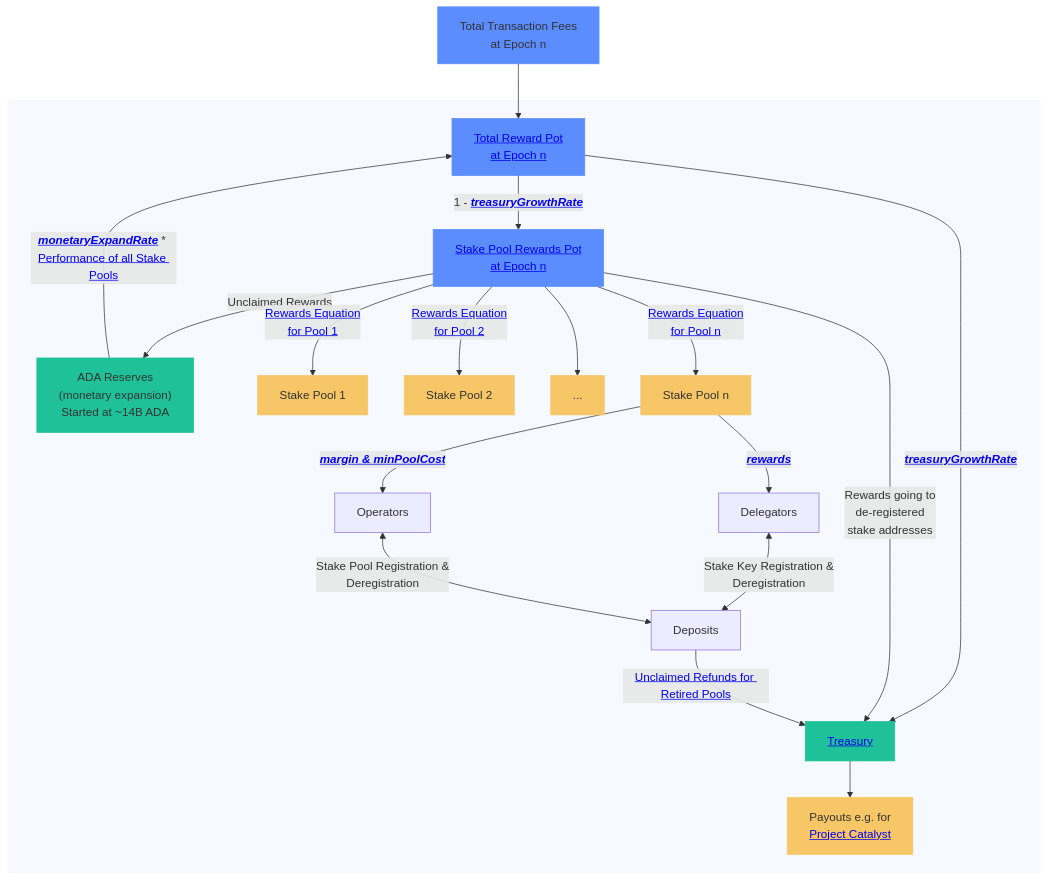
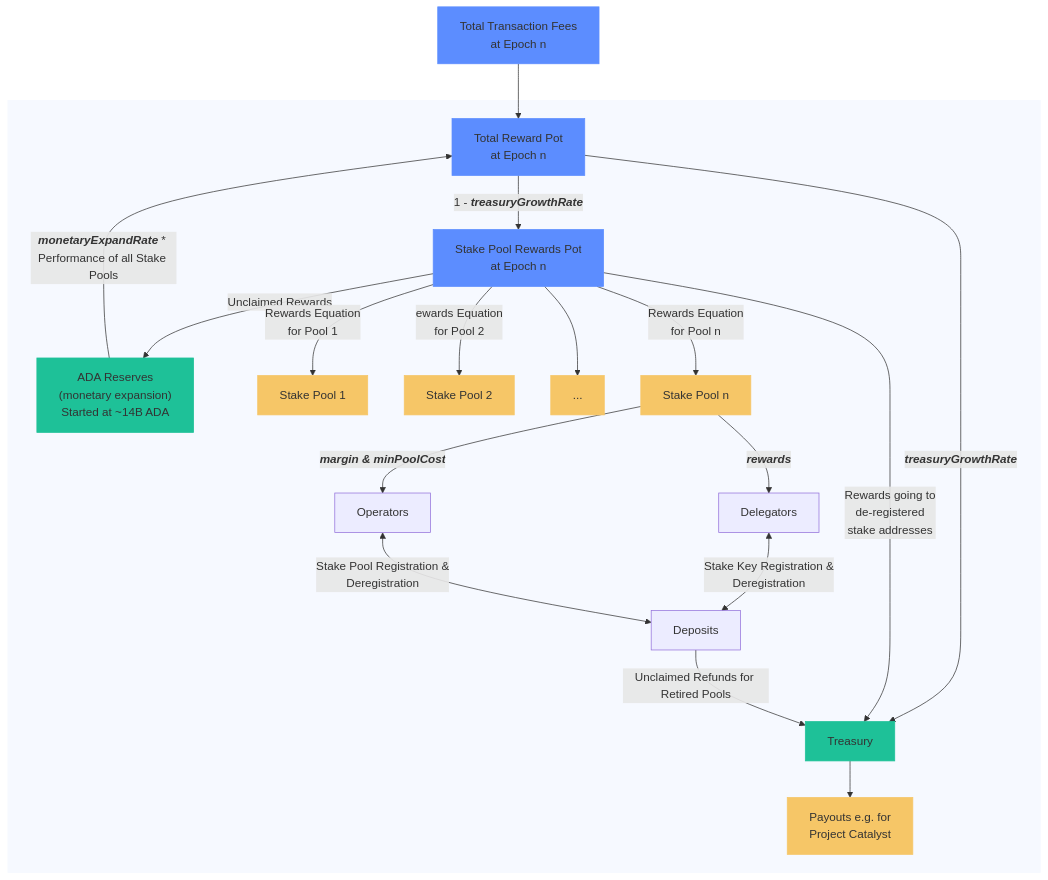
Before and after one commit to cardano-foundation/cf-java-rewards-calculation: the diagram in README.md, drawn with Mermaid. The commit also changed other lines of this file and 19 other files, not shown here.

````diff
--- a/README.md
+++ b/README.md
@@ -21,35 +27,35 @@
 ```mermaid
 flowchart
-    A[Total Transaction Fees <br />at Epoch n] --> B[<a href='https://github.com/cardano-foundation/cf-java-rewards-calculation/blob/a794130dc0e320426725a58b8b15f1fbe726b2de/src/main/java/org/cardanofoundation/rewards/calculation/TreasuryCalculation.java#L42'>Total Reward Pot <br />at Epoch n</a/>]
-    B --> | <b><i><a href='https://cips.cardano.org/cips/cip9/#updatableprotocolparameters'>treasuryGrowthRate</a></b></i> | C[<a href='https://github.com/cardano-foundation/cf-java-rewards-calculation/blob/a794130dc0e320426725a58b8b15f1fbe726b2de/src/main/java/org/cardanofoundation/rewards/calculation/TreasuryCalculation.java#L17'>Treasury</a/>]
-    B --> | 1 - <b><i><a href='https://cips.cardano.org/cips/cip9/#updatableprotocolparameters'>treasuryGrowthRate</a></b></i> | D[<a href='https://github.com/cardano-foundation/cf-java-rewards-calculation/blob/a794130dc0e320426725a58b8b15f1fbe726b2de/src/test/java/org/cardanofoundation/rewards/calculation/PoolRewardCalculationTest.java#L63'>Stake Pool Rewards Pot <br />at Epoch n</a/>]
-    subgraph ADA_POTS[" "]
-    D --> | Unclaimed Rewards | E["ADA Reserves<br /> (monetary expansion) <br /> Started at ~14B ADA"]
-    E --> | <b><i><a href='https://cips.cardano.org/cips/cip9/#updatableprotocolparameters'>monetaryExpandRate</a></b></i> * <a href='https://github.com/cardano-foundation/cf-java-rewards-calculation/blob/main/src/main/java/org/cardanofoundation/rewards/calculation/PoolRewardCalculation.java#L19'>Performance of all Stake Pools</a> | B
-    C --> F[Payouts e.g. for <br /><a href='https://projectcatalyst.io/'>Project Catalyst</a>]
-    D --> | <a href='https://github.com/cardano-foundation/cf-java-rewards-calculation/blob/a794130dc0e320426725a58b8b15f1fbe726b2de/src/main/java/org/cardanofoundation/rewards/calculation/PoolRewardCalculation.java#L87'>Rewards Equation<br /> for Pool 1</a> | G[Stake Pool 1]
-    D --> | <a href='https://github.com/cardano-foundation/cf-java-rewards-calculation/blob/a794130dc0e320426725a58b8b15f1fbe726b2de/src/main/java/org/cardanofoundation/rewards/calculation/PoolRewardCalculation.java#L87'>Rewards Equation<br /> for Pool 2</a> | H[Stake Pool 2]
-    D --> I[...]
-    D --> | <a href='https://github.com/cardano-foundation/cf-java-rewards-calculation/blob/a794130dc0e320426725a58b8b15f1fbe726b2de/src/main/java/org/cardanofoundation/rewards/calculation/PoolRewardCalculation.java#L87'>Rewards Equation<br /> for Pool n</a> | J[Stake Pool n]
-    J --> | <b><i><a href='https://github.com/cardano-foundation/cf-java-rewards-calculation/blob/a3151888e3133937b6098efdec72b587d88ba4cd/src/main/java/org/cardanofoundation/rewards/calculation/PoolRewardCalculation.java#L85'>margin & minPoolCost</a></i></b> | K[Operators]
-    J --> | <b><i><a href='https://github.com/cardano-foundation/cf-java-rewards-calculation/blob/a3151888e3133937b6098efdec72b587d88ba4cd/src/main/java/org/cardanofoundation/rewards/calculation/PoolRewardCalculation.java#L102'>rewards</a></b></i> | L[Delegators]
-    D --> | Rewards going to<br /> de-registered<br /> stake addresses | C
-    L <--> | Stake Key Registration & <br /> Deregistration | M[Deposits]
-    K <--> | Stake Pool Registration & <br /> Deregistration | M
-    M --> | <a href='https://github.com/cardano-foundation/cf-java-rewards-calculation/blob/1ed16503d7ed592410d55489cc2144762ce718d5/src/main/java/org/cardanofoundation/rewards/calculation/TreasuryCalculation.java#L122'>Unclaimed Refunds for Retired Pools</a> | C
-    end
+    A[Total Transaction Fees <br />at Epoch n] --> B[Total Reward Pot <br />at Epoch n]
+    B --> | <b><i>treasuryGrowthRate</b></i> | C[Treasury]
+    B --> | 1 - <b><i>treasuryGrowthRate</b></i> | D[Stake Pool Rewards Pot <br />at Epoch n]
+        subgraph ADA_POTS[" "]
+        D --> | Unclaimed Rewards | E["ADA Reserves<br /> (monetary expansion) <br /> Started at ~14B ADA"]
+        E --> | <b><i>monetaryExpandRate</a></b></i> * Performance of all Stake Pools | B
+        C --> F[Payouts e.g. for <br />Project Catalyst]
+        D --> | Rewards Equation<br /> for Pool 1 | G[Stake Pool 1]
+        D --> | ewards Equation<br /> for Pool 2 | H[Stake Pool 2]
+        D --> I[...]
+        D --> | Rewards Equation<br /> for Pool n | J[Stake Pool n]
+        J --> | <b><i>margin & minPoolCost</i></b> | K[Operators]
+        J --> | <b><i>rewards</i></b> | L[Delegators]
+        D --> | Rewards going to<br /> de-registered<br /> stake addresses | C
+        L <--> | Stake Key Registration & <br /> Deregistration | M[Deposits]
+        K <--> | Stake Pool Registration & <br /> Deregistration | M
+        M --> | Unclaimed Refunds for Retired Pools | C
+        end
 
     style A fill:#5C8DFF,stroke:#5C8DFF
     style B fill:#5C8DFF,stroke:#5C8DFF
     style C fill:#1EC198,stroke:#1EC198
     style D fill:#5C8DFF,stroke:#5C8DFF
     style E fill:#1EC198,stroke:#1EC198
 
     style F fill:#F6C667,stroke:#F6C667
     style G fill:#F6C667,stroke:#F6C667
     style H fill:#F6C667,stroke:#F6C667
     style I fill:#F6C667,stroke:#F6C667
     style J fill:#F6C667,stroke:#F6C667
 
     style ADA_POTS fill:#f6f9ff,stroke:#f6f9ff
 ```
````
